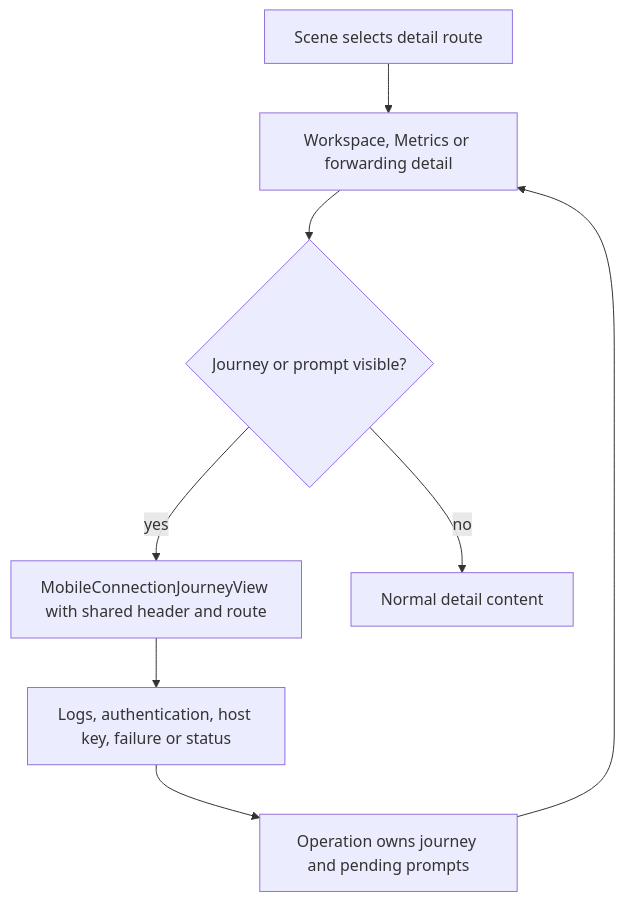
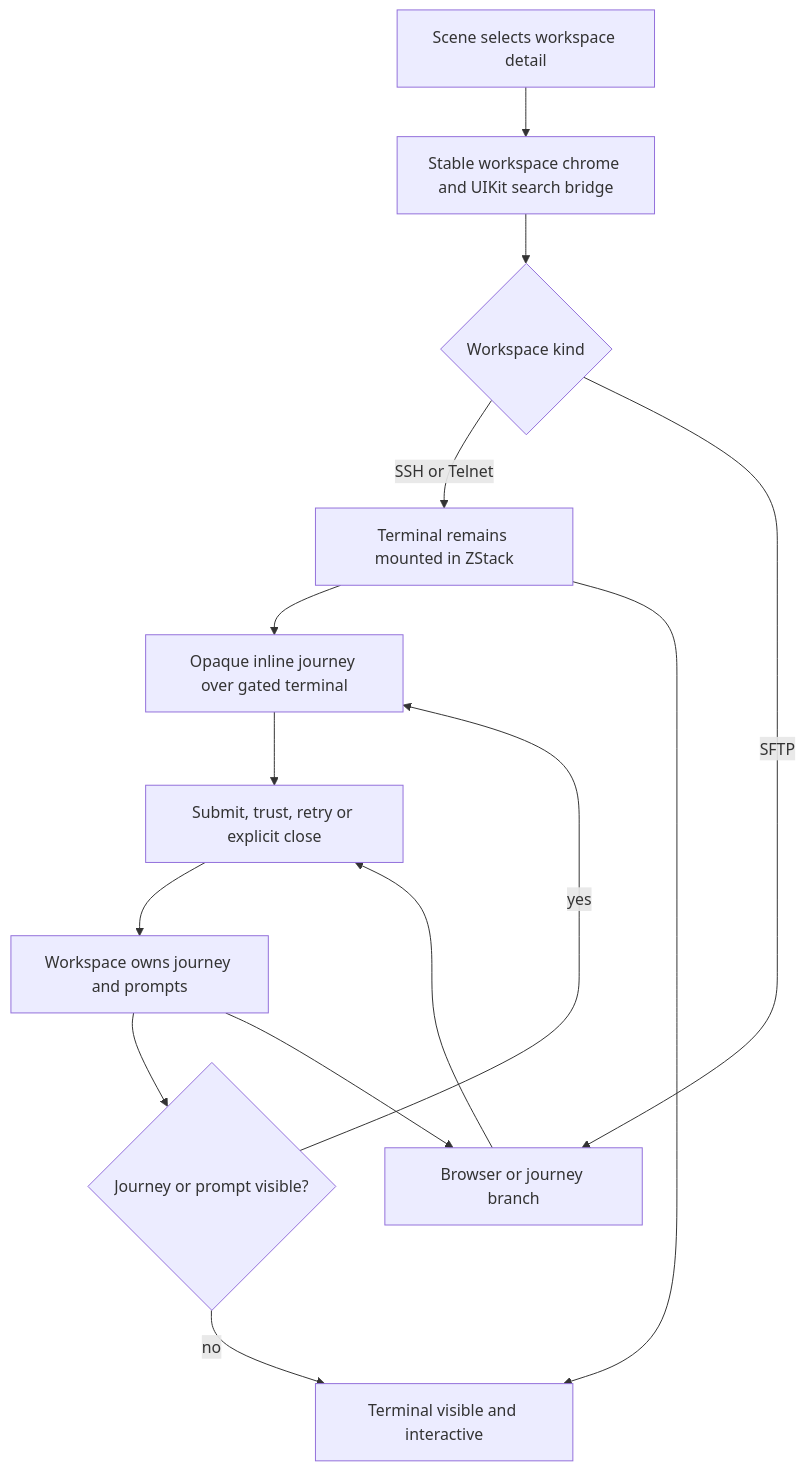
The fifth of 7 diagrams in openwiki/architecture/mobile-ui.md (AkinoKaede/Termind), drawn with Mermaid before and after one commit. The commit also changed other lines of this file and 39 other files, not shown here.

````diff
--- a/openwiki/architecture/mobile-ui.md
+++ b/openwiki/architecture/mobile-ui.md
@@ -298,10 +310,16 @@
 ```mermaid
 flowchart TD
-    Scene["Scene selects detail route"] --> Detail["Workspace, Metrics or forwarding detail"]
-    Runtime["Operation owns journey and pending prompts"] --> Detail
-    Detail --> Journey{"Journey or prompt visible?"}
-    Journey -->|yes| Shared["MobileConnectionJourneyView with shared header and route"]
-    Journey -->|no| Content["Normal detail content"]
-    Shared --> Inline["Logs, authentication, host key, failure or status"]
-    Inline --> Runtime
+    Scene["Scene selects workspace detail"] --> Chrome["Stable workspace chrome and UIKit search bridge"]
+    Chrome --> Kind{"Workspace kind"}
+    Kind -->|SSH or Telnet| Stack["Terminal remains mounted in ZStack"]
+    Runtime["Workspace owns journey and prompts"] --> Visible{"Journey or prompt visible?"}
+    Visible -->|yes| Overlay["Opaque inline journey over gated terminal"]
+    Stack --> Overlay
+    Visible -->|no| Exposed["Terminal visible and interactive"]
+    Stack --> Exposed
+    Kind -->|SFTP| Branch["Browser or journey branch"]
+    Runtime --> Branch
+    Overlay --> Decisions["Submit, trust, retry or explicit close"]
+    Branch --> Decisions
+    Decisions --> Runtime
 ```
````
